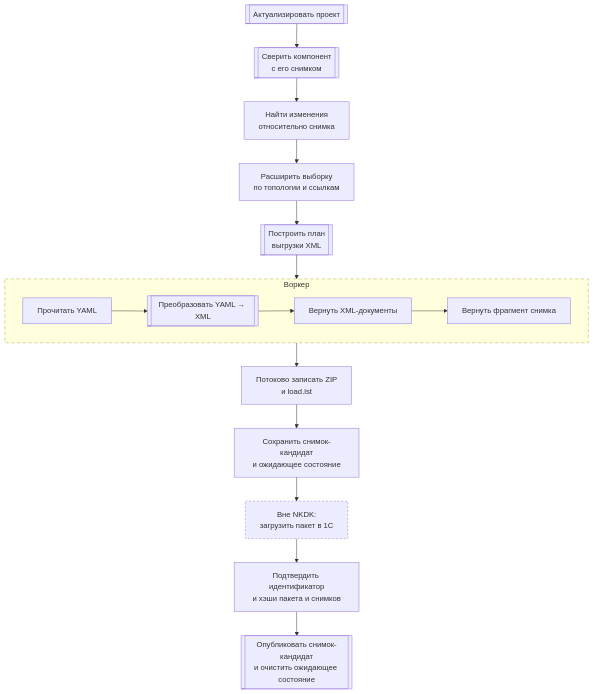
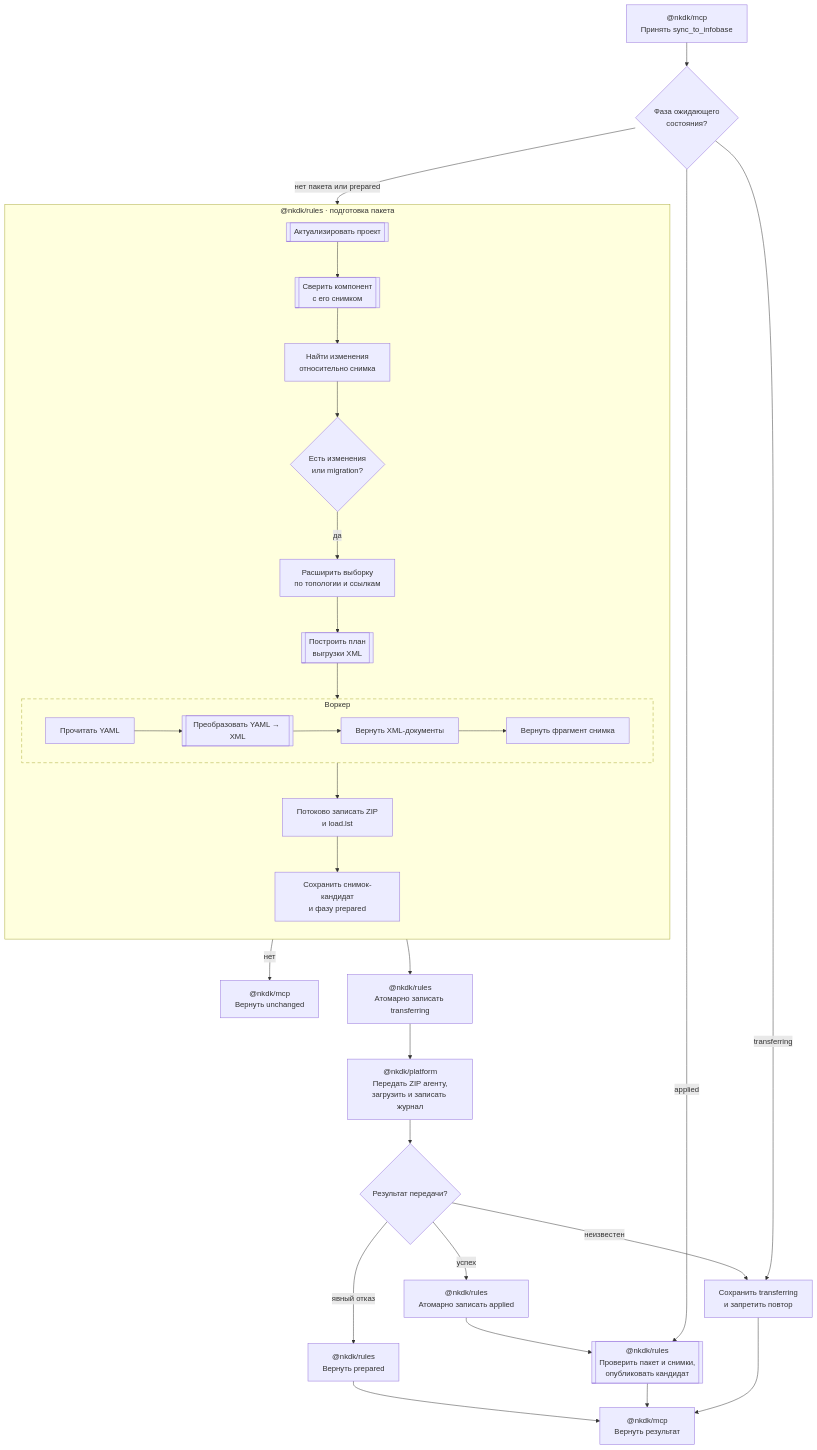
Before and after one commit to crimsongoldteam/nkdk: the ninth of 11 diagrams in .agents/architecture.md, drawn with Mermaid. The commit also changed other lines of this file and 1 other file, not shown here.

Commit message:
docs: :memo: обновить архитектуру частичной синхронизации
Закрепить целевой цикл загрузки через агента, устойчивые фазы доставки и ответственность rules, platform и MCP.

````diff
--- a/.agents/architecture.md
+++ b/.agents/architecture.md
@@ -281,23 +288,47 @@
 ```mermaid
 flowchart TD
-  validate[["Актуализировать проект"]]
-  target[["Сверить компонент<br/>с его снимком"]]
-  changes["Найти изменения<br/>относительно снимка"]
-  impact["Расширить выборку<br/>по топологии и ссылкам"]
-  plan[["Построить план<br/>выгрузки XML"]]
+  request["@nkdk/mcp<br/>Принять sync_to_infobase"]
+  phase{"Фаза ожидающего<br/>состояния?"}
 
-  subgraph partialSyncJob["Воркер"]
-    direction LR
-    readYaml["Прочитать YAML"] --> toXml[["Преобразовать YAML → XML"]] --> document["Вернуть XML-документы"] --> fragment["Вернуть фрагмент снимка"]
+  subgraph preparePackage["@nkdk/rules · подготовка пакета"]
+    direction TD
+    validate[["Актуализировать проект"]]
+    target[["Сверить компонент<br/>с его снимком"]]
+    changes["Найти изменения<br/>относительно снимка"]
+    work{"Есть изменения<br/>или migration?"}
+    impact["Расширить выборку<br/>по топологии и ссылкам"]
+    plan[["Построить план<br/>выгрузки XML"]]
+
+    subgraph partialSyncJob["Воркер"]
+      direction LR
+      readYaml["Прочитать YAML"] --> toXml[["Преобразовать YAML → XML"]] --> document["Вернуть XML-документы"] --> fragment["Вернуть фрагмент снимка"]
+    end
+
+    archive["Потоково записать ZIP<br/>и load.lst"]
+    prepared["Сохранить снимок-кандидат<br/>и фазу prepared"]
+
+    validate --> target --> changes --> work
+    work -- "да" --> impact --> plan --> partialSyncJob --> archive --> prepared
   end
 
-  archive["Потоково записать ZIP<br/>и load.lst"]
-  pending["Сохранить снимок-кандидат<br/>и ожидающее состояние"]
-  load["Вне NKDK:<br/>загрузить пакет в 1С"]
-  confirm["Подтвердить идентификатор<br/>и хэши пакета и снимков"]
-  publish[["Опубликовать снимок-кандидат<br/>и очистить ожидающее состояние"]]
+  noChanges["@nkdk/mcp<br/>Вернуть unchanged"]
+  transferring["@nkdk/rules<br/>Атомарно записать transferring"]
+  load["@nkdk/platform<br/>Передать ZIP агенту,<br/>загрузить и записать журнал"]
+  outcome{"Результат передачи?"}
+  retry["@nkdk/rules<br/>Вернуть prepared"]
+  unknown["Сохранить transferring<br/>и запретить повтор"]
+  applied["@nkdk/rules<br/>Атомарно записать applied"]
+  publish[["@nkdk/rules<br/>Проверить пакет и снимки,<br/>опубликовать кандидат"]]
+  result["@nkdk/mcp<br/>Вернуть результат"]
 
-  validate --> target --> changes --> impact --> plan --> partialSyncJob --> archive --> pending --> load --> confirm --> publish
+  request --> phase
+  phase -- "нет пакета или prepared" --> validate
+  phase -- "transferring" --> unknown --> result
+  phase -- "applied" --> publish --> result
+  work -- "нет" --> noChanges
+  prepared --> transferring --> load --> outcome
+  outcome -- "явный отказ" --> retry --> result
+  outcome -- "неизвестен" --> unknown
+  outcome -- "успех" --> applied --> publish
   style partialSyncJob stroke-dasharray: 7 5
-  style load stroke-dasharray: 4 4
 ```
````
